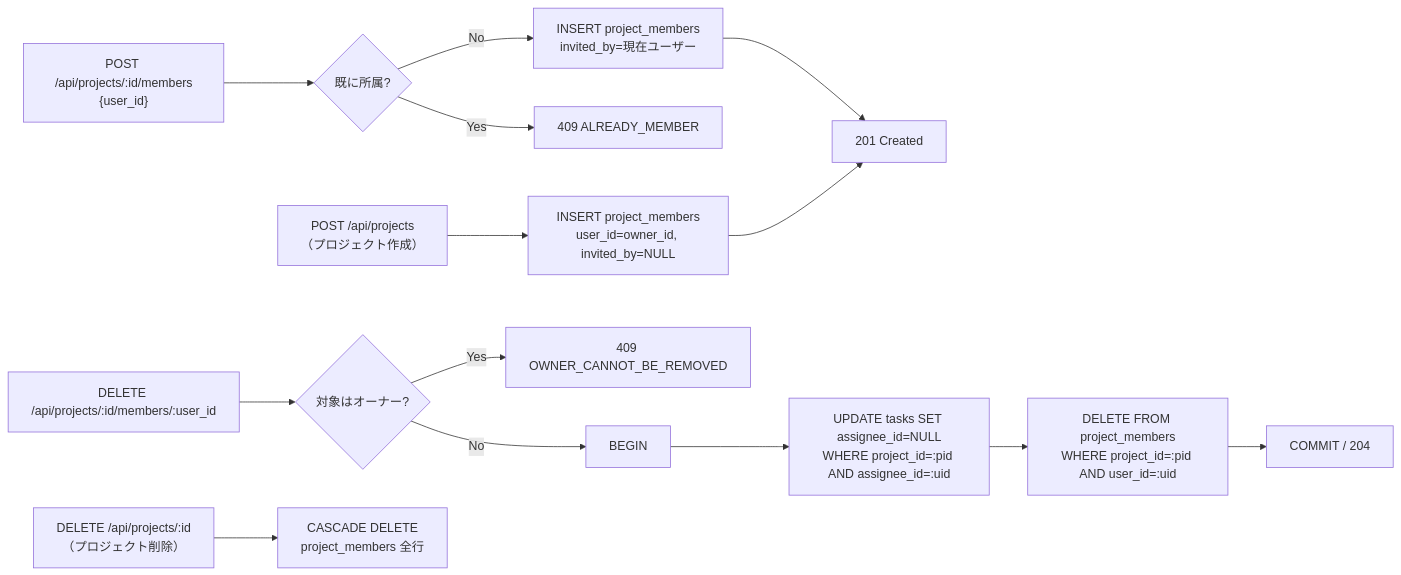
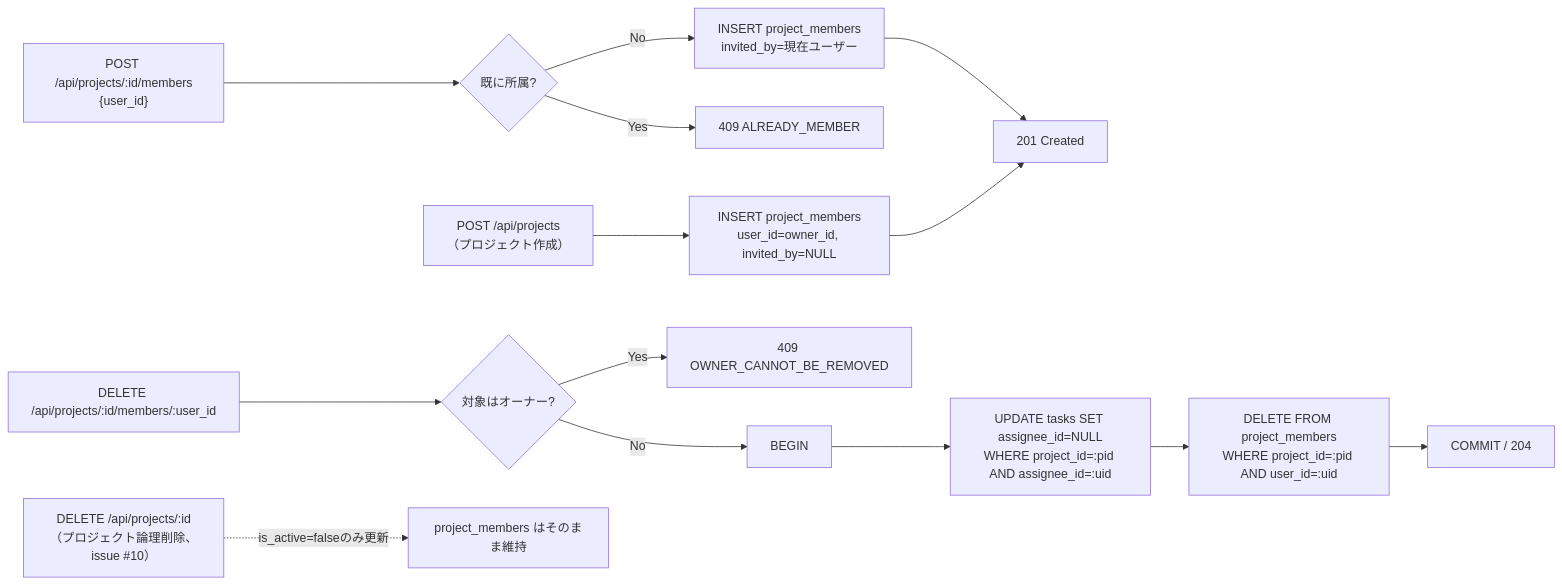
One commit to oikawa-d/task_management changed the second of 3 diagrams in detailed_design/database/05_table_project_members.md. Above: the diagram before and after it, drawn with Mermaid. The commit also changed other lines of this file and 25 other files, not shown here.

````diff
--- a/detailed_design/database/05_table_project_members.md
+++ b/detailed_design/database/05_table_project_members.md
@@ -115,18 +115,18 @@
 ```mermaid
 flowchart LR
     A["POST /api/projects<br/>（プロジェクト作成）"] --> B["INSERT project_members<br/>user_id=owner_id, invited_by=NULL"]
     C["POST /api/projects/:id/members<br/>{user_id}"] --> D{"既に所属?"}
     D -->|"Yes"| E["409 ALREADY_MEMBER"]
     D -->|"No"| F["INSERT project_members<br/>invited_by=現在ユーザー"]
     F --> G["201 Created"]
     B --> G
 
     H["DELETE /api/projects/:id/members/:user_id"] --> I{"対象はオーナー?"}
     I -->|"Yes"| J["409 OWNER_CANNOT_BE_REMOVED"]
     I -->|"No"| K["BEGIN"]
     K --> L["UPDATE tasks SET assignee_id=NULL<br/>WHERE project_id=:pid AND assignee_id=:uid"]
     L --> M["DELETE FROM project_members<br/>WHERE project_id=:pid AND user_id=:uid"]
     M --> N["COMMIT / 204"]
 
-    O["DELETE /api/projects/:id<br/>（プロジェクト削除）"] --> P["CASCADE DELETE<br/>project_members 全行"]
+    O["DELETE /api/projects/:id<br/>（プロジェクト論理削除、issue #10）"] -.->|"is_active=falseのみ更新"| P["project_members はそのまま維持"]
 ```
````
